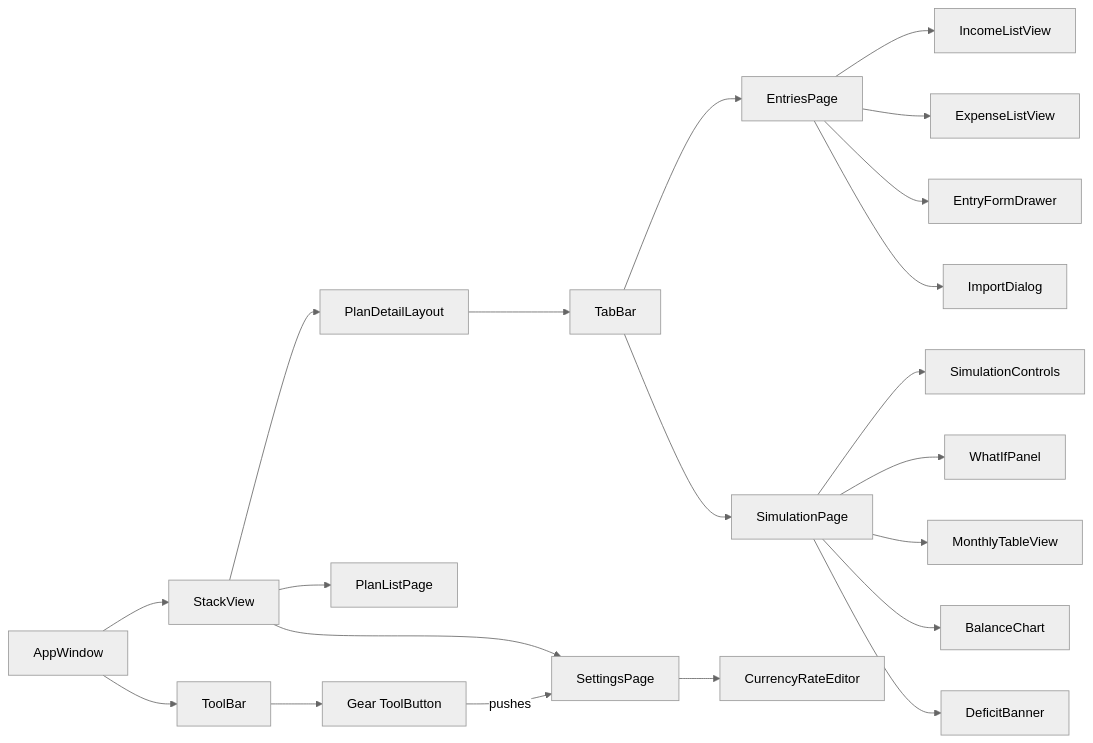
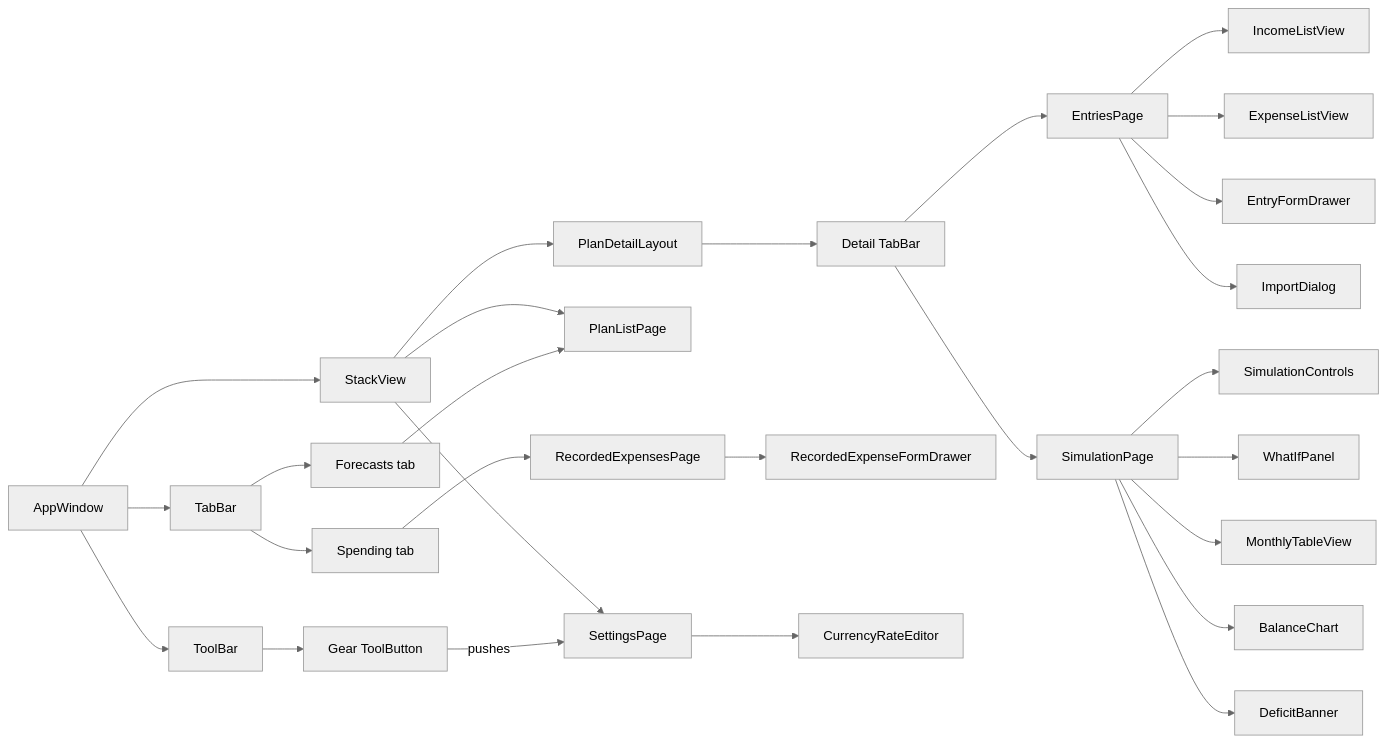
One commit to sekurado/cash-flow-planner-app changed the eighth of 20 diagrams in docs/DESIGN.md. Above: the diagram before and after it, drawn with Mermaid (neutral theme). The commit also changed other lines of this file and 9 other files, not shown here.

````diff
--- a/docs/DESIGN.md
+++ b/docs/DESIGN.md
@@ -1004,29 +1014,37 @@
 ```mermaid
 flowchart LR
     AppWindow --> ToolBar
+    AppWindow --> TabBar
     AppWindow --> StackView
     ToolBar --> GearButton["Gear ToolButton"]
     GearButton -->|"pushes"| SettingsPage
+
+    TabBar --> ForecastsTab["Forecasts tab"]
+    TabBar --> SpendingTab["Spending tab"]
+    ForecastsTab --> PlanListPage
+    SpendingTab --> RecordedExpensesPage
 
     StackView --> PlanListPage
     StackView --> PlanDetailLayout
     StackView --> SettingsPage
 
-    PlanDetailLayout --> TabBar
-    TabBar --> EntriesPage
-    TabBar --> SimulationPage
+    PlanDetailLayout --> TabBar2["Detail TabBar"]
+    TabBar2 --> EntriesPage
+    TabBar2 --> SimulationPage
+
+    RecordedExpensesPage --> RecordedExpenseFormDrawer
 
     EntriesPage --> IncomeListView
     EntriesPage --> ExpenseListView
     EntriesPage --> EntryFormDrawer
 
     SimulationPage --> SimulationControls
     SimulationPage --> WhatIfPanel
     SimulationPage --> MonthlyTableView
     SimulationPage --> BalanceChart
     SimulationPage --> DeficitBanner
 
     EntriesPage --> ImportDialog
 
     SettingsPage --> CurrencyRateEditor
 ```
````
